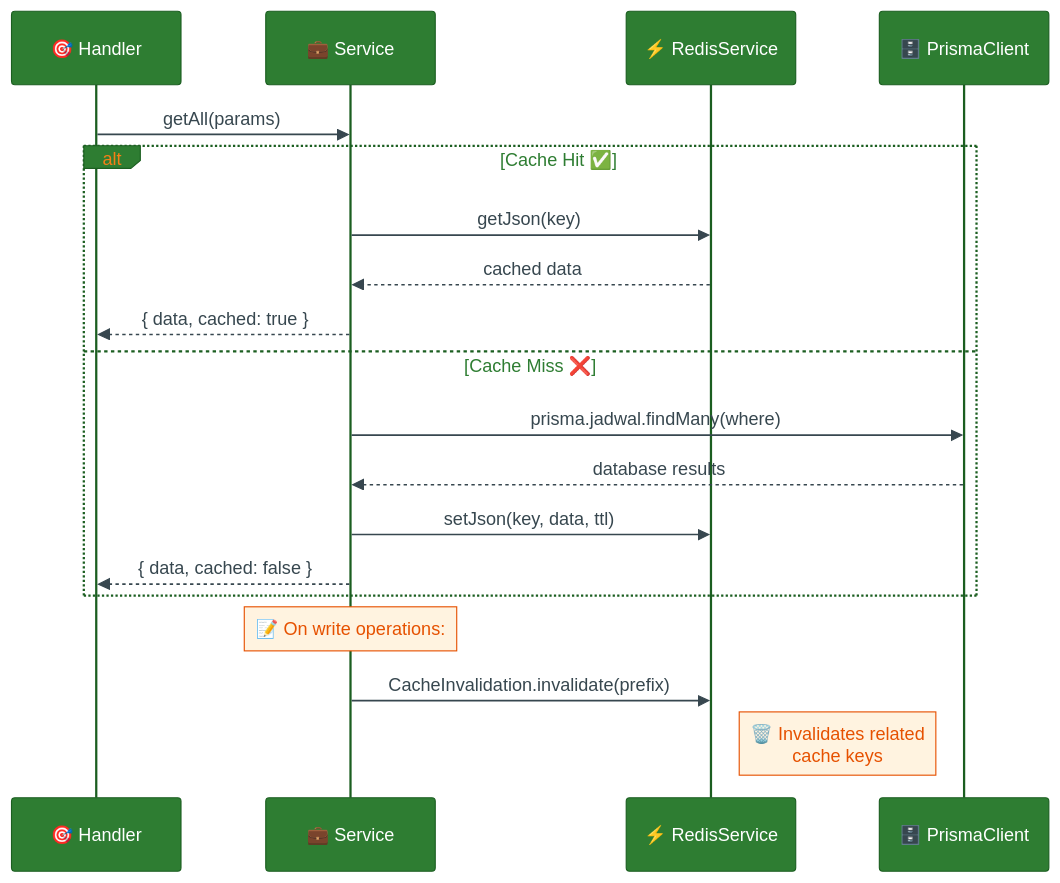
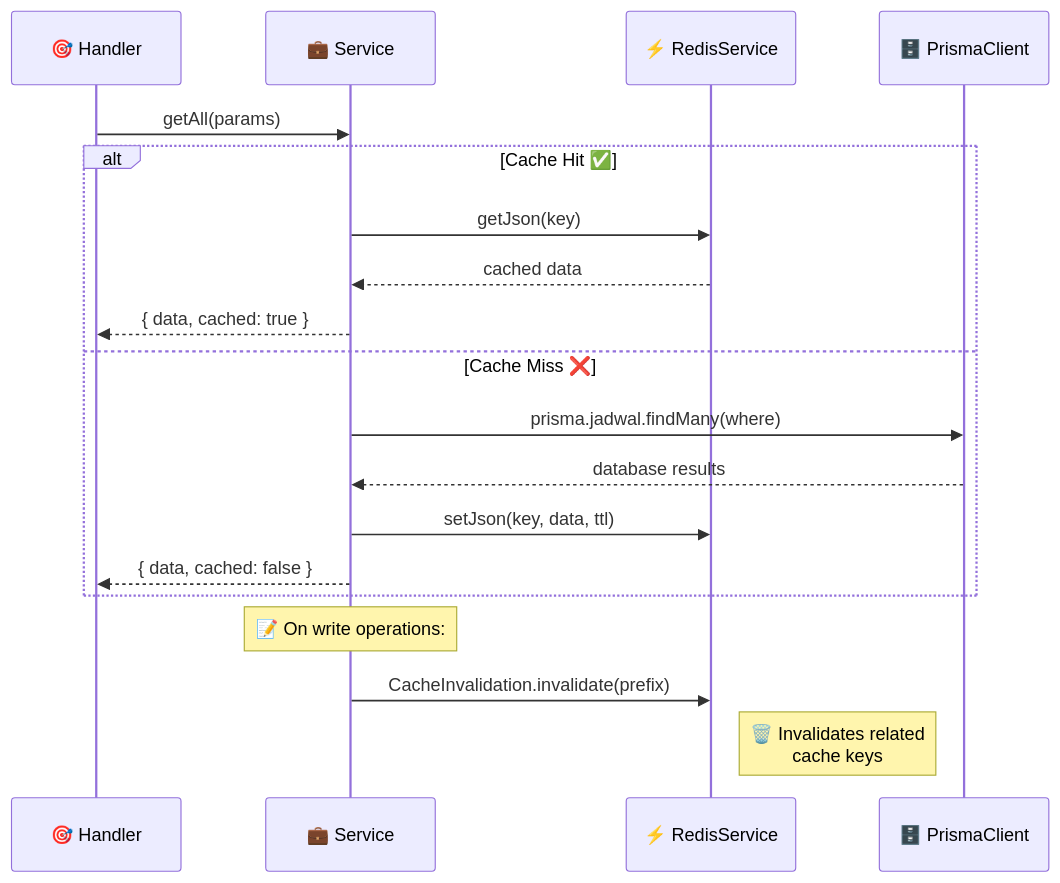
Before and after one commit to luna-gindra/c4-architecture-hono-api-seminar: diagram 12 of 12 in architecture-c4-level4.md, drawn with Mermaid. The commit also changed other lines of this file and 1 other file, not shown here.

First line of the commit message:
🎨 Fix: Switch all diagrams to default (white) theme for GitHub readability

````diff
--- a/architecture-c4-level4.md
+++ b/architecture-c4-level4.md
@@ -1156,42 +1089,25 @@
 ```mermaid
-%%{init: {"theme": "base", "themeVariables": {
-    "actorBkg": "#2E7D32",
-    "actorTextColor": "#fff",
-    "actorBorder": "#1B5E20",
-    "activationBkg": "#E8F5E9",
-    "activationBorder": "#2E7D32",
-    "signalColor": "#37474F",
-    "signalTextColor": "#37474F",
-    "labelBoxBkg": "#FFF9C4",
-    "labelBoxBorder": "#F9A825",
-    "labelTextColor": "#F57F17",
-    "loopTextColor": "#2E7D32",
-    "noteBkgColor": "#FFF3E0",
-    "noteTextColor": "#E65100",
-    "noteBorderColor": "#E65100",
-    "mainBkg": "#E8F5E9",
-    "altSectionBkg": "#E0F2F1"
-}}}%%
+%%{init: {"theme": "default"}}%%
 sequenceDiagram
     participant Handler as 🎯 Handler
     participant Service as 💼 Service
     participant Cache as ⚡ RedisService
     participant DB as 🗄️ PrismaClient
 
     Handler->>Service: getAll(params)
 
     alt Cache Hit ✅
         Service->>Cache: getJson(key)
         Cache-->>Service: cached data
         Service-->>Handler: { data, cached: true }
     else Cache Miss ❌
         Service->>DB: prisma.jadwal.findMany(where)
         DB-->>Service: database results
         Service->>Cache: setJson(key, data, ttl)
         Service-->>Handler: { data, cached: false }
     end
 
     Note over Service: 📝 On write operations:
     Service->>Cache: CacheInvalidation.invalidate(prefix)
     Note right of Cache: 🗑️ Invalidates related<br/>cache keys
 ```
````
